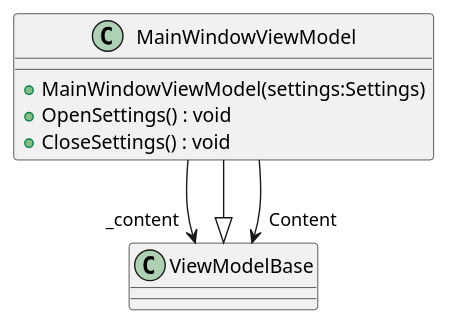
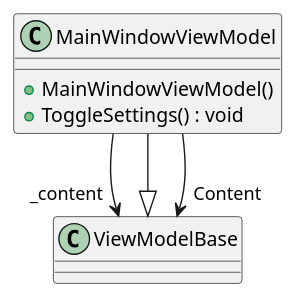
Before and after one commit to Caellian/UNIRI_OP_project: the diagram in PlantUML/ViewModels/MainWindowViewModel.puml, drawn with PlantUML. The commit also changed 17 other files, not shown here.

```diff
--- a/PlantUML/ViewModels/MainWindowViewModel.puml
+++ b/PlantUML/ViewModels/MainWindowViewModel.puml
@@ -1,10 +1,9 @@
 @startuml
 class MainWindowViewModel {
-    + MainWindowViewModel(settings:Settings)
-    + OpenSettings() : void
-    + CloseSettings() : void
+    + MainWindowViewModel()
+    + ToggleSettings() : void
 }
 ViewModelBase <|-- MainWindowViewModel
 MainWindowViewModel --> "_content" ViewModelBase
 MainWindowViewModel --> "Content" ViewModelBase
 @enduml
```
